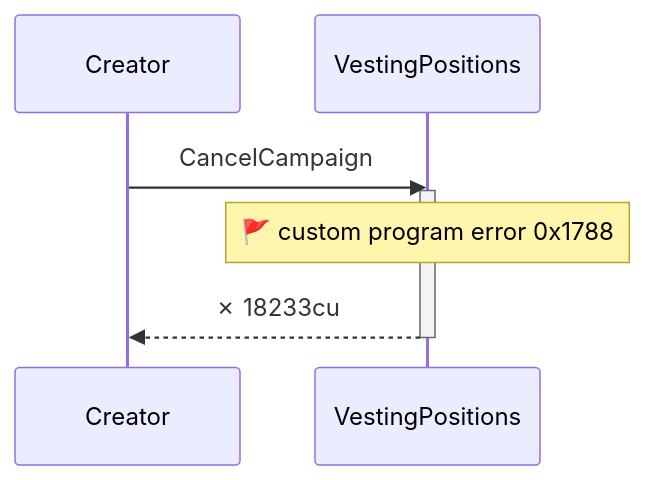
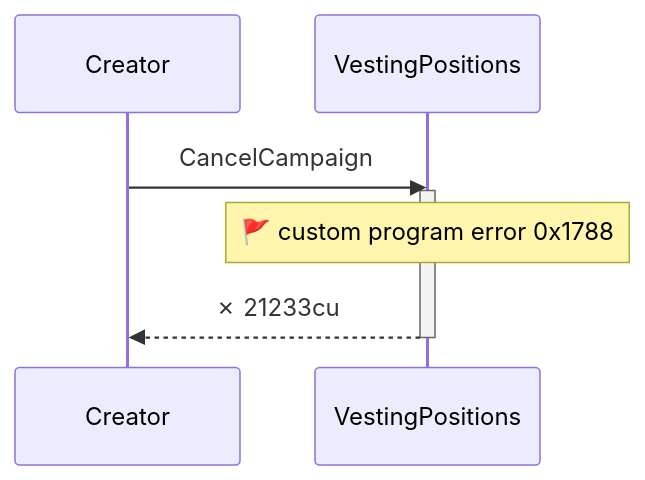
Before and after one commit to cds-turbin3/vesting-position: the seventh of 9 diagrams in babelfish-tests/test-report/cancel_campaign_fails_after_first_claim.md, drawn with Mermaid. The commit also changed other lines of this file and 106 other files, not shown here.

````diff
--- a/babelfish-tests/test-report/cancel_campaign_fails_after_first_claim.md
+++ b/babelfish-tests/test-report/cancel_campaign_fails_after_first_claim.md
@@ -367,10 +379,10 @@
 ```mermaid
 sequenceDiagram
     participant p0 as Creator
     participant p1 as VestingPositions
     p0->>p1: CancelCampaign
     activate p1
     note over p1: 🚩 custom program error  0x1788
-    p1-->>p0: ✗ 18233cu
+    p1-->>p0: ✗ 21233cu
     deactivate p1
 ```
````
